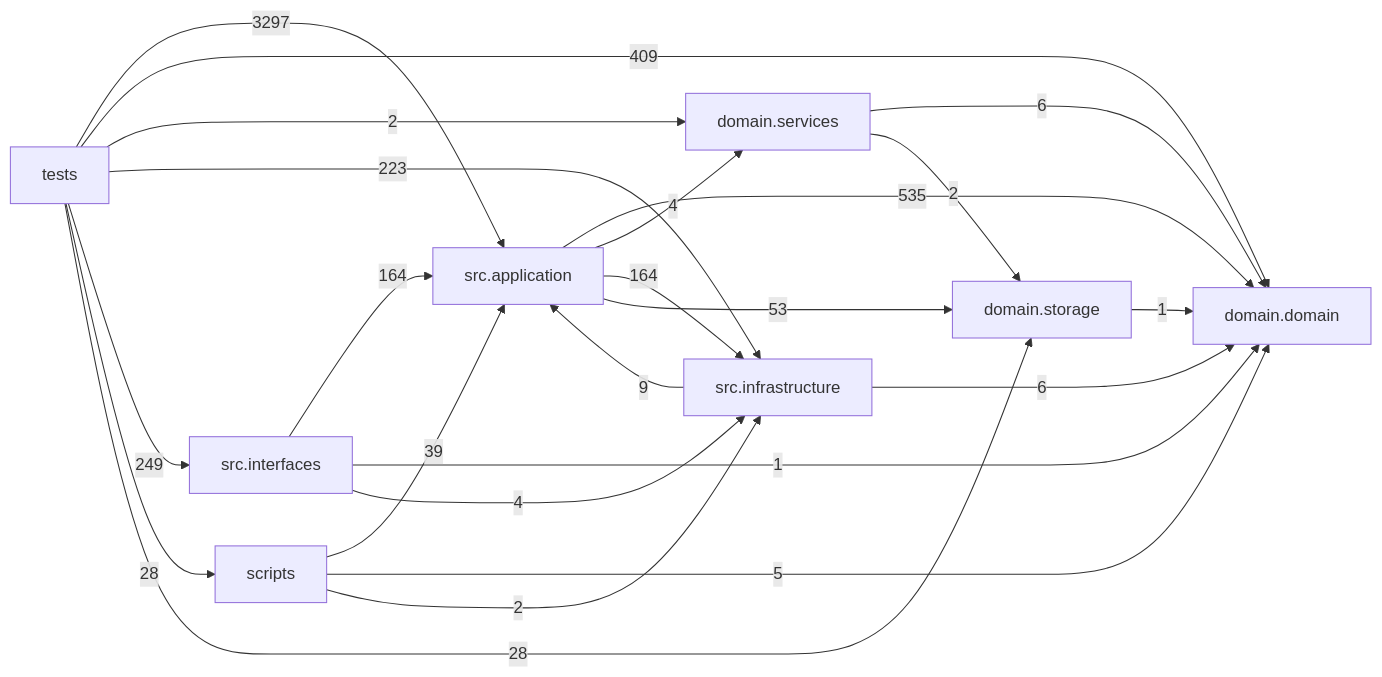
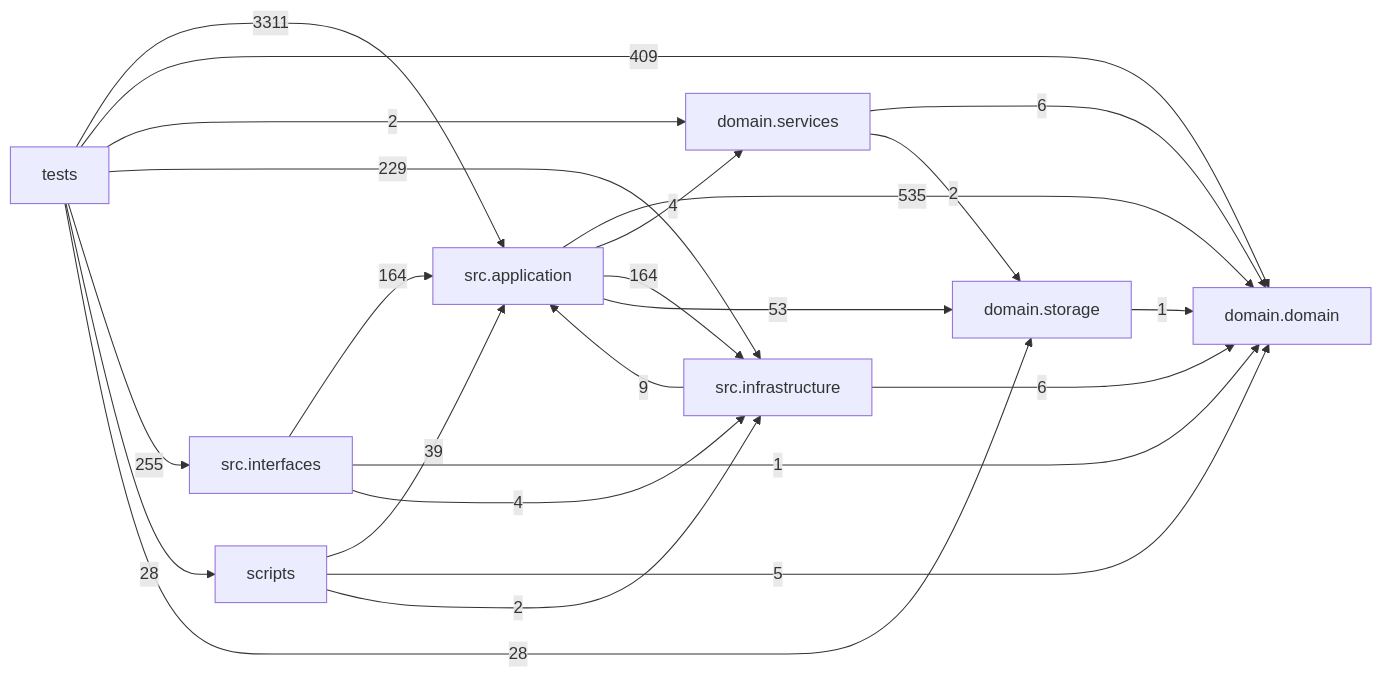
One commit to liuxie066/options-monitor changed the diagram in docs/DEPENDENCY_GRAPH.md. Above: the diagram before and after it, drawn with Mermaid. The commit also changed other lines of this file and 25 other files, not shown here.

````diff
--- a/docs/DEPENDENCY_GRAPH.md
+++ b/docs/DEPENDENCY_GRAPH.md
@@ -24,33 +24,33 @@
 ```mermaid
 flowchart LR
   tests["tests"]
   scripts["scripts"]
   interfaces["src.interfaces"]
   application["src.application"]
   infrastructure["src.infrastructure"]
   domain_services["domain.services"]
   domain["domain.domain"]
   storage["domain.storage"]
   application -->|535| domain
   application -->|4| domain_services
   application -->|164| infrastructure
   application -->|53| storage
   domain_services -->|6| domain
   domain_services -->|2| storage
   infrastructure -->|9| application
   infrastructure -->|6| domain
   interfaces -->|164| application
   interfaces -->|1| domain
   interfaces -->|4| infrastructure
   scripts -->|39| application
   scripts -->|5| domain
   scripts -->|2| infrastructure
   storage -->|1| domain
-  tests -->|3297| application
+  tests -->|3311| application
   tests -->|409| domain
   tests -->|2| domain_services
-  tests -->|223| infrastructure
-  tests -->|249| interfaces
+  tests -->|229| infrastructure
+  tests -->|255| interfaces
   tests -->|28| scripts
   tests -->|28| storage
 ```
````
